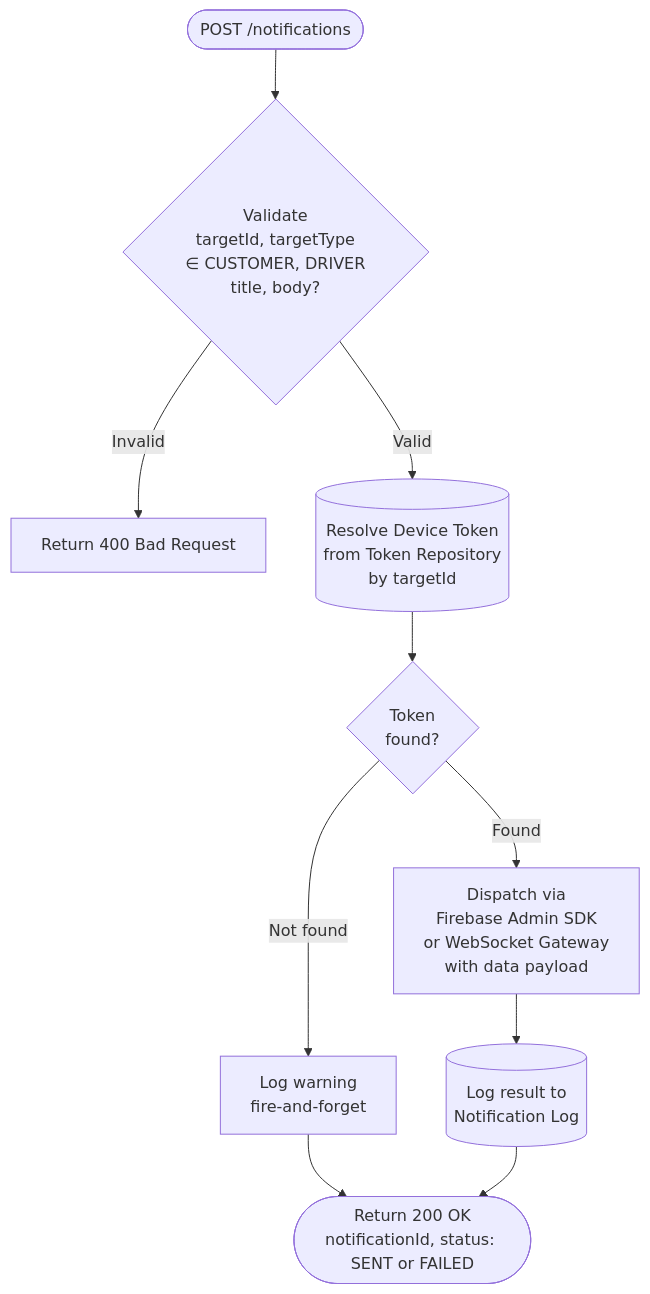
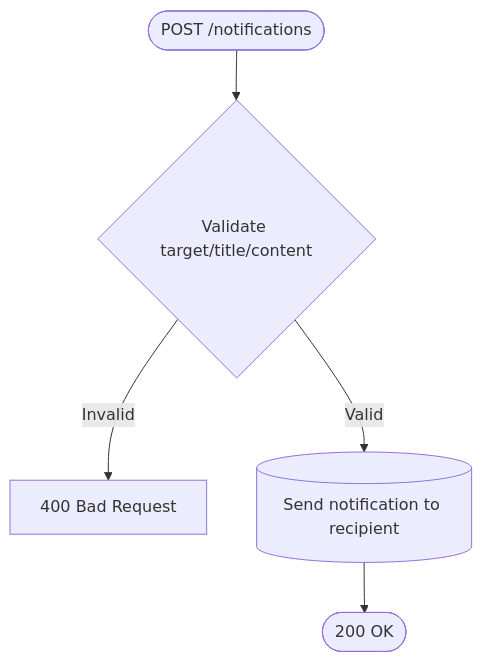
One commit to ImTruong/TrangSM changed diagram 15 of 21 in docs/analysis-and-design.md. Above: the diagram before and after it, drawn with Mermaid. The commit also changed other lines of this file and 32 other files, not shown here.

````diff
--- a/docs/analysis-and-design.md
+++ b/docs/analysis-and-design.md
@@ -514,12 +533,7 @@
 ```mermaid
 flowchart TD
-    A([POST /notifications]) --> B{Validate\ntargetId, targetType\n∈ CUSTOMER, DRIVER\ntitle, body?}
-    B -->|Invalid| ERR1[Return 400 Bad Request]
-    B -->|Valid| C[(Resolve Device Token\nfrom Token Repository\nby targetId)]
-    C --> D{Token\nfound?}
-    D -->|Not found| LOG[Log warning\nfire-and-forget]
-    LOG --> OK
-    D -->|Found| E[Dispatch via\nFirebase Admin SDK\nor WebSocket Gateway\nwith data payload]
-    E --> F[(Log result to\nNotification Log)]
-    F --> OK([Return 200 OK\nnotificationId, status: SENT or FAILED])
+    A([POST /notifications]) --> B{Validate target/title/content}
+    B -->|Invalid| E1[400 Bad Request]
+    B -->|Valid| C[(Send notification to recipient)]
+    C --> D([200 OK])
 ```
````
